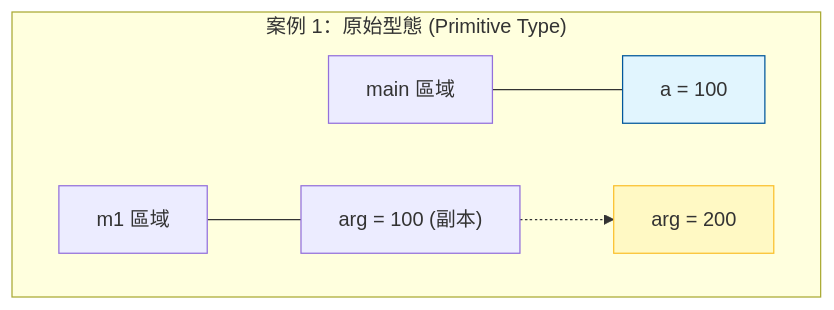
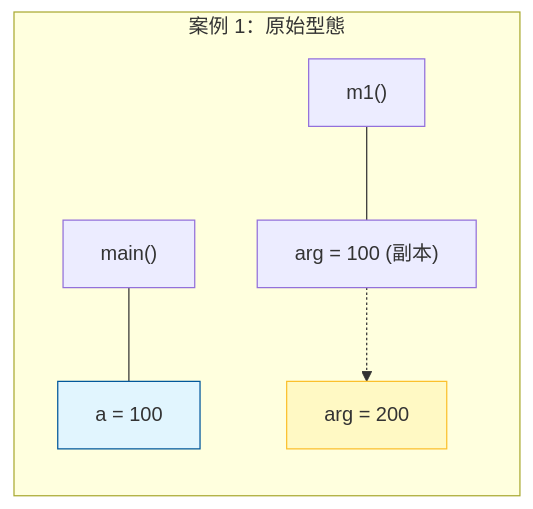
The first of 5 diagrams in Part1-OOP/ch01_obp.md (nlhsueh/teach_sw_fw), drawn with Mermaid before and after one commit. The commit also changed other lines of this file, not shown here.

Commit message:
Update Pass by Value diagrams to vertical (TD) layout

````diff
--- a/Part1-OOP/ch01_obp.md
+++ b/Part1-OOP/ch01_obp.md
@@ -611,11 +611,11 @@
 ```mermaid
-graph LR
-    subgraph "案例 1：原始型態 (Primitive Type)"
-        direction LR
-        main1["main 區域"] --- a["a = 100"]
-        m1["m1 區域"] --- arg["arg = 100 (副本)"]
+graph TD
+    subgraph "案例 1：原始型態"
+        direction TB
+        main1["main()"] --- a["a = 100"]
+        m1["m1()"] --- arg["arg = 100 (副本)"]
         arg -.-> arg_new["arg = 200"]
         style a fill:#e1f5fe,stroke:#01579b
         style arg_new fill:#fff9c4,stroke:#fbc02d
     end
 ```
````
